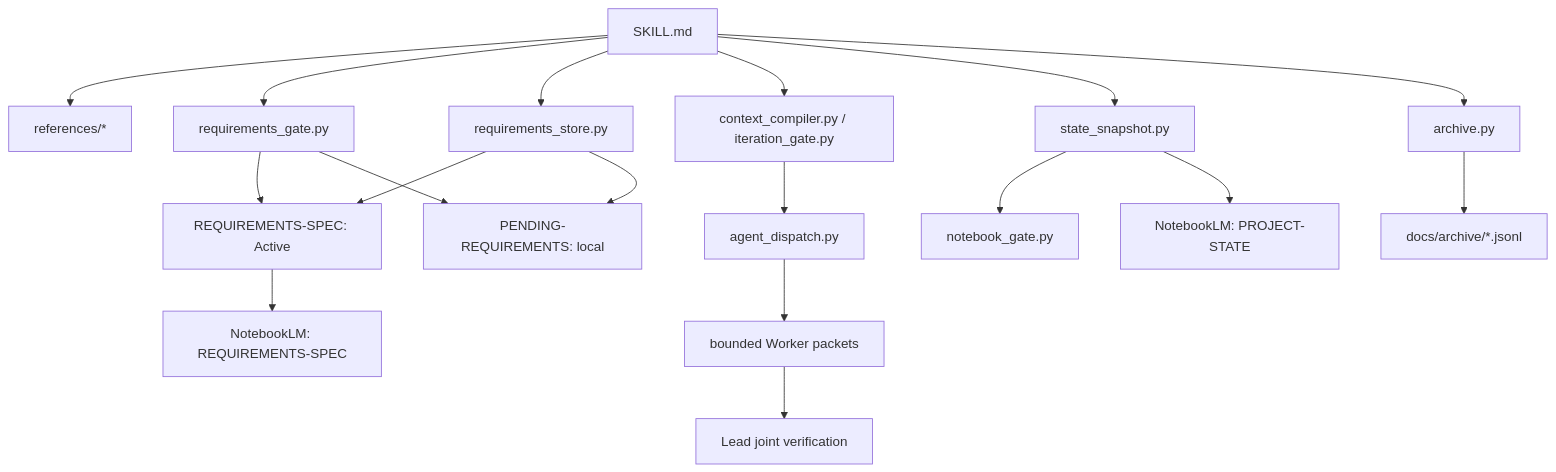
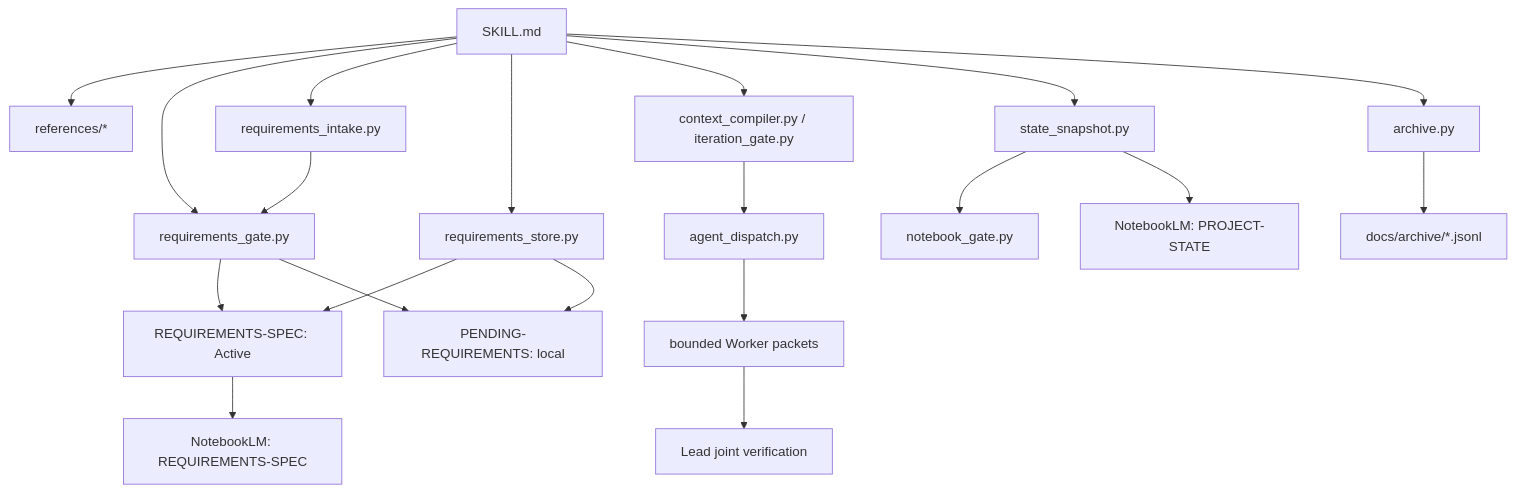
One commit to MySetsuna/notebooklm-iteration-loop changed the diagram in docs/PROJECT-STATE.md. Above: the diagram before and after it, drawn with Mermaid. The commit also changed other lines of this file and 14 other files, not shown here.

````diff
--- a/docs/PROJECT-STATE.md
+++ b/docs/PROJECT-STATE.md
@@ -54,20 +59,22 @@
 ```mermaid
 graph TD
   Skill["SKILL.md"] --> Governance["references/*"]
   Skill --> Gate["requirements_gate.py"]
+  Skill --> Intake["requirements_intake.py"]
+  Intake --> Gate
   Skill --> ReqStore["requirements_store.py"]
   Skill --> Context["context_compiler.py / iteration_gate.py"]
   Context --> Dispatch["agent_dispatch.py"]
   Dispatch --> Worker["bounded Worker packets"]
   Worker --> LeadVerify["Lead joint verification"]
   Skill --> Snapshot["state_snapshot.py"]
   Snapshot --> ColdGate["notebook_gate.py"]
   Skill --> Archive["archive.py"]
   Gate --> Requirements["REQUIREMENTS-SPEC: Active"]
   Gate --> Pending["PENDING-REQUIREMENTS: local"]
   ReqStore --> Requirements
   ReqStore --> Pending
   Archive --> History["docs/archive/*.jsonl"]
   Requirements --> NLMReq["NotebookLM: REQUIREMENTS-SPEC"]
   Snapshot --> NLMState["NotebookLM: PROJECT-STATE"]
 ```
````
